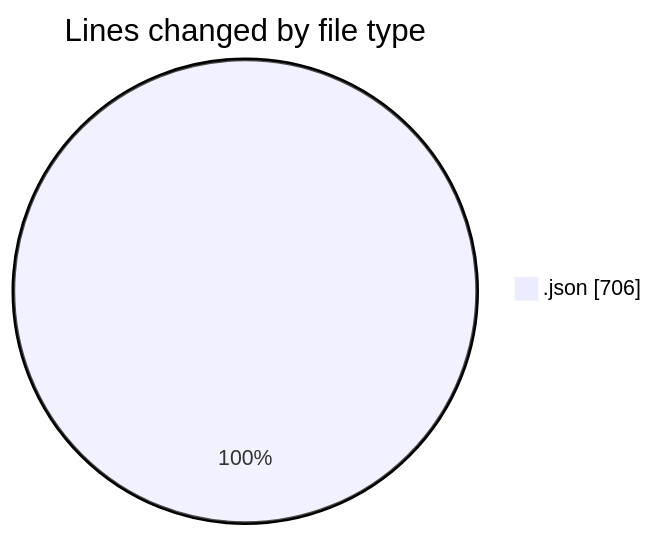
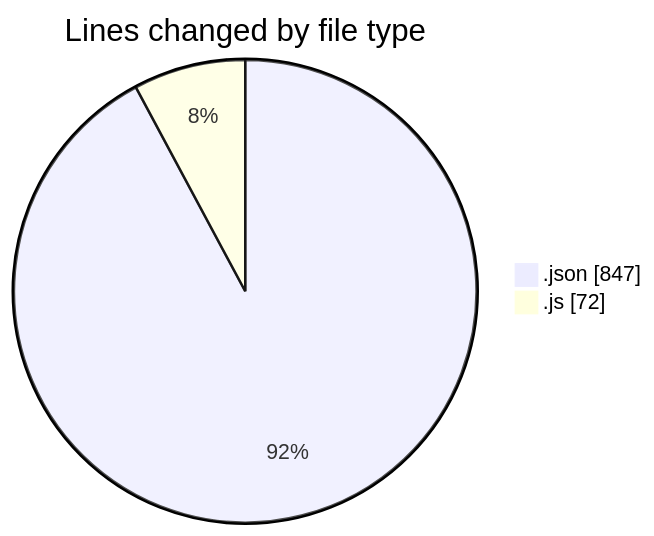
Before and after one commit to lephambinh05/code-tracking: the first of 2 diagrams in 2025-07-10/getmailotp/README.md, drawn with Mermaid. The commit also changed other lines of this file and 1 other file, not shown here.

````diff
--- a/2025-07-10/getmailotp/README.md
+++ b/2025-07-10/getmailotp/README.md
@@ -20,5 +21,6 @@
 ```mermaid
 pie showData
 title Lines changed by file type
-".json" : 706
+".json" : 847
+".js" : 72
 ```
````
